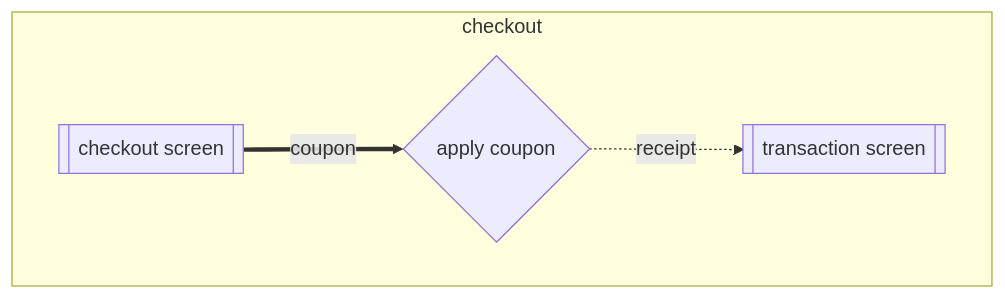
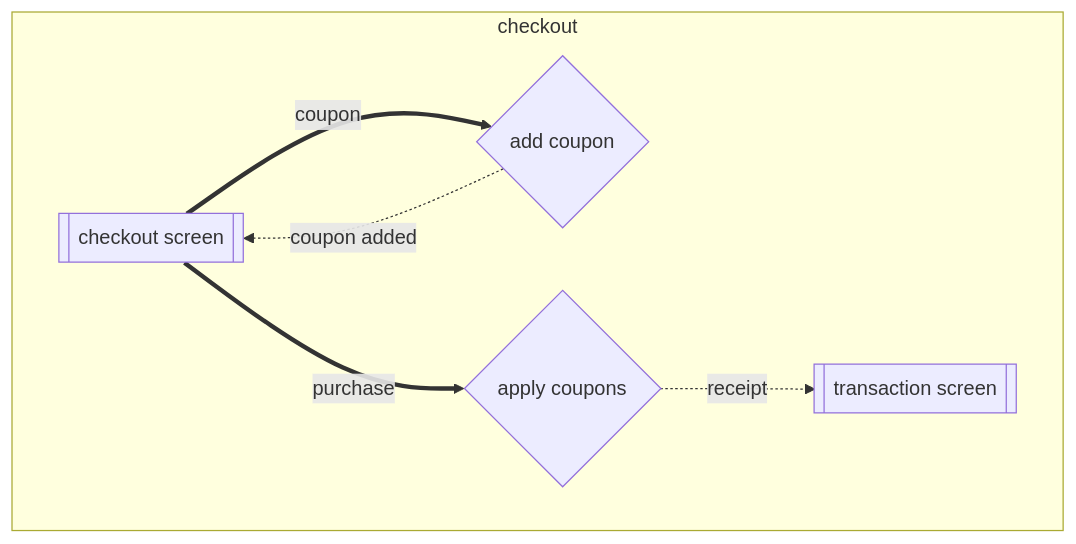
One commit to NarekVeranyan05/point_of_sale changed the third of 3 diagrams in flows.md. Above: the diagram before and after it, drawn with Mermaid. The commit also changed other lines of this file and 53 other files, not shown here.

````diff
--- a/flows.md
+++ b/flows.md
@@ -62,12 +66,17 @@
 ```mermaid
 flowchart TB
 subgraph checkout
     checkout_screen[[checkout screen]]
-    apply_coupon{apply coupon}
+    add_coupon{add coupon}
+    apply_coupons{apply coupons}
     transaction_screen[[transaction screen]]
 
-    checkout_screen == coupon ==> apply_coupon
+    checkout_screen == coupon ==> add_coupon
     
-    apply_coupon -. receipt .-> transaction_screen
+    add_coupon -. coupon added .-> checkout_screen
+    
+    checkout_screen == purchase ==> apply_coupons
+
+    apply_coupons -. receipt .-> transaction_screen
 end
 ```
````
